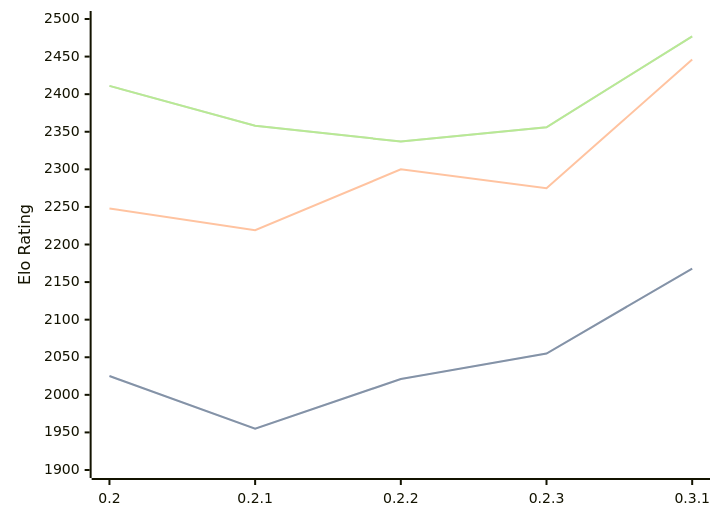
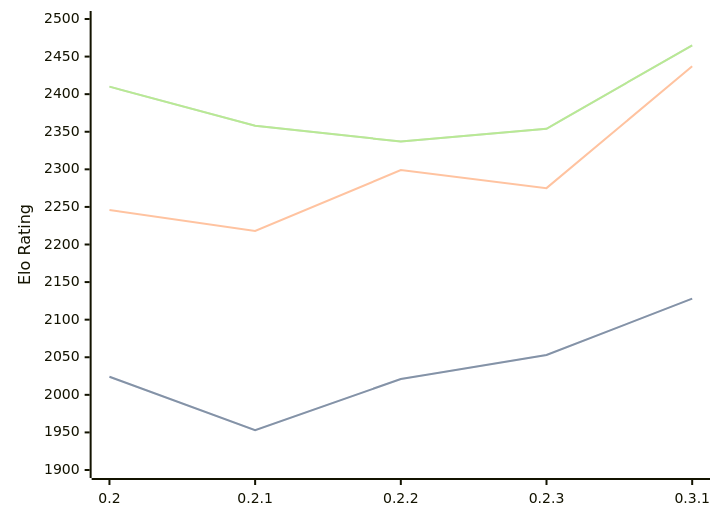
One commit to computer-chess-index/cci changed the diagram in engines/Lolbot.md. Above: the diagram before and after it, drawn with Mermaid. The commit also changed other lines of this file, not shown here.

Commit message:
Update CCI Ratings (ELO VLTC) - 2026-04-16

````diff
--- a/engines/Lolbot.md
+++ b/engines/Lolbot.md
@@ -36,11 +36,11 @@
 ```mermaid
 %%{init: {"theme":"base","themeVariables":{"seriesColors:['#a3a3a3','#222221','#faa371']}}}%%
 xychart-beta
   x-axis ["0.2", "0.2.1", "0.2.2", "0.2.3", "0.3.1"]
   y-axis "Elo Rating" 1900 --> 2500
-  line "STC (8.0+0.08s)" [2025, 1955, 2021, 2055, 2168]
-  line "STC (8.0+0.08s)" [2025, 1955, 2021, 2055, 2168]
-  line "LTC (60.0+0.60s)" [2248, 2219, 2300, 2275, 2446]
-  line "VLTC (2m24s+1.12s)" [2411, 2358, 2337, 2356, 2477]
-  line "VLTC (2m24s+1.12s)" [2411, 2358, 2337, 2356, 2477]
+  line "STC (8.0+0.08s)" [2024, 1953, 2021, 2053, 2128]
+  line "STC (8.0+0.08s)" [2024, 1953, 2021, 2053, 2128]
+  line "LTC (60.0+0.60s)" [2246, 2218, 2299, 2275, 2437]
+  line "VLTC (2m24s+1.12s)" [2410, 2358, 2337, 2354, 2465]
+  line "VLTC (2m24s+1.12s)" [2410, 2358, 2337, 2354, 2465]
 ```
````
